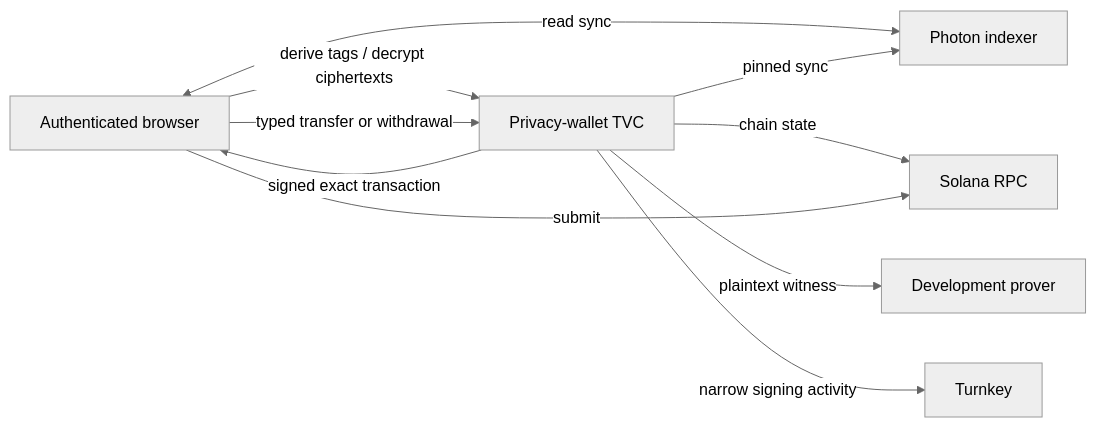
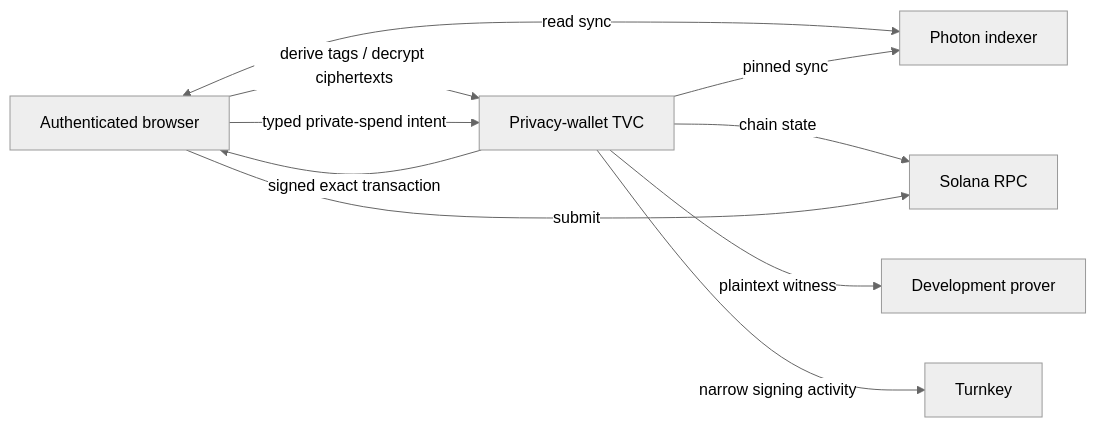
The diagram in apps/privacy-wallet/ARCHITECTURE.md (helius-labs/zolana-tvc), drawn with Mermaid (neutral theme) before and after one commit. The commit also changed other lines of this file and 42 other files, not shown here.

````diff
--- a/apps/privacy-wallet/ARCHITECTURE.md
+++ b/apps/privacy-wallet/ARCHITECTURE.md
@@ -8,19 +8,19 @@
 ```mermaid
 flowchart LR
     B[Authenticated browser]
     T[Privacy-wallet TVC]
     K[Turnkey]
     I[Photon indexer]
     P[Development prover]
     S[Solana RPC]
 
     B -->|derive tags / decrypt ciphertexts| T
     B <-->|read sync| I
-    B -->|typed transfer or withdrawal| T
+    B -->|typed private-spend intent| T
     T -->|pinned sync| I
     T -->|chain state| S
     T -->|plaintext witness| P
     T -->|narrow signing activity| K
     T -->|signed exact transaction| B
     B -->|submit| S
 ```
````
